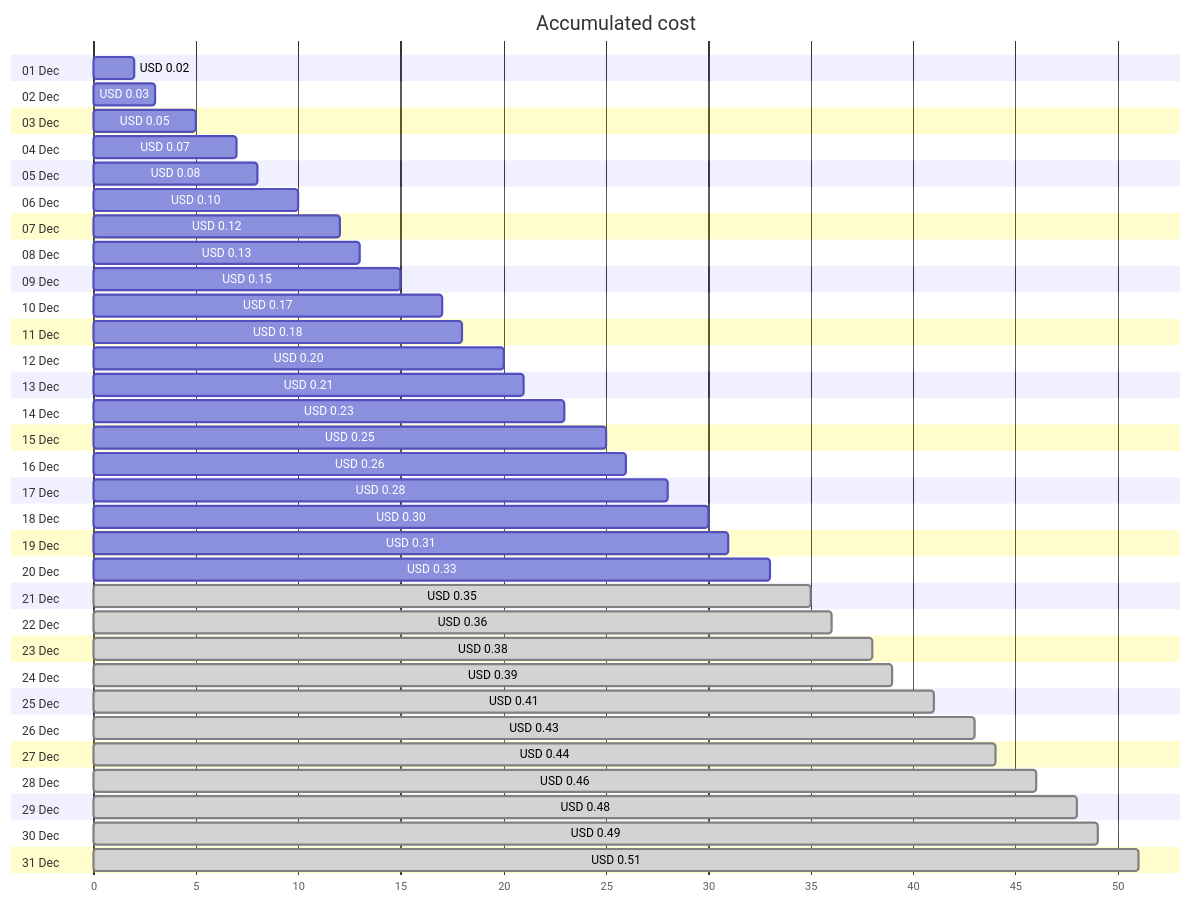
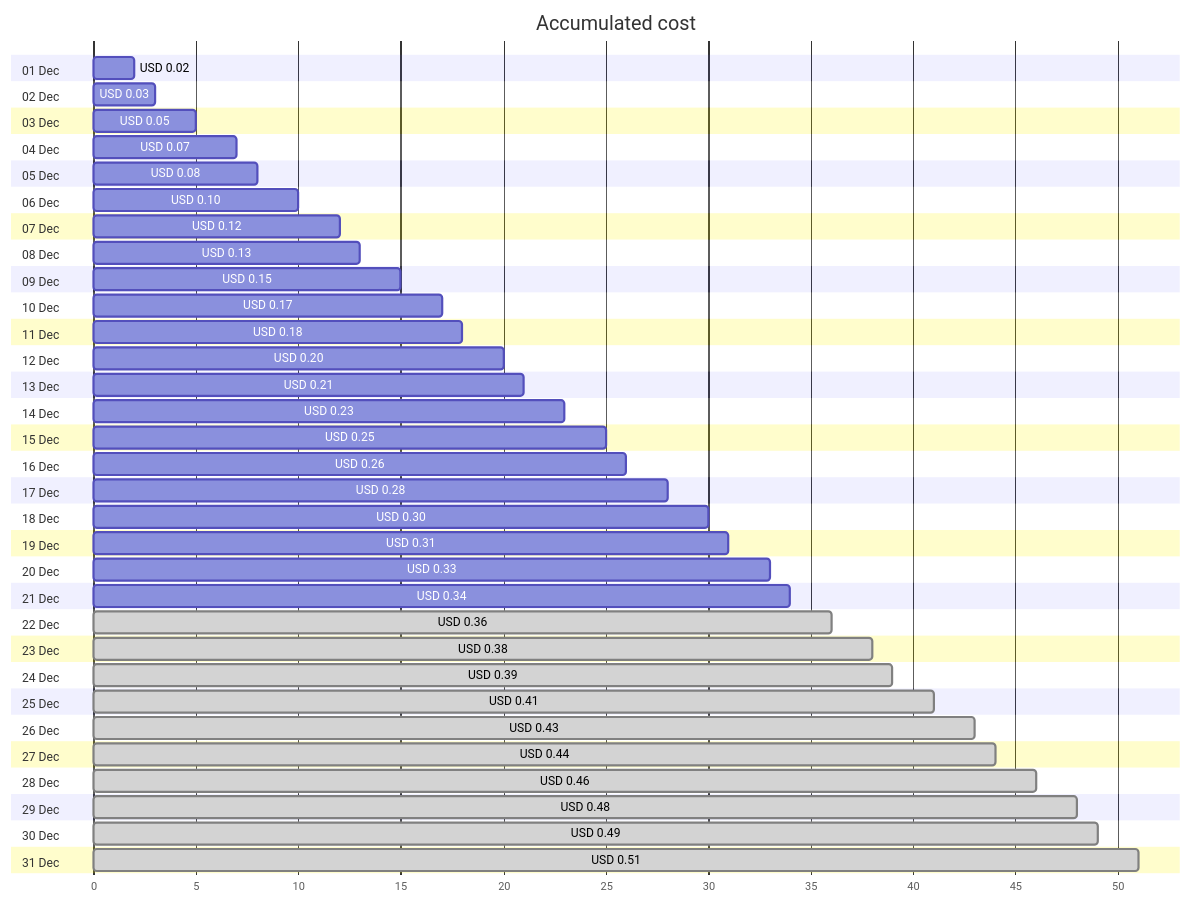
One commit to jpfulton/azure-personal-reports changed the first of 4 diagrams in cost-reports/personal-dns/jpatrickfulton.dev.md. Above: the diagram before and after it, drawn with Mermaid. The commit also changed other lines of this file and 2 other files, not shown here.

````diff
--- a/cost-reports/personal-dns/jpatrickfulton.dev.md
+++ b/cost-reports/personal-dns/jpatrickfulton.dev.md
@@ -20,68 +20,68 @@
 ```mermaid
 gantt
    title Accumulated cost
    dateFormat  X
    axisFormat %s
    section 01 Dec
    USD 0.02 :0, 2
    section 02 Dec
    USD 0.03 :0, 3
    section 03 Dec
    USD 0.05 :0, 5
    section 04 Dec
    USD 0.07 :0, 7
    section 05 Dec
    USD 0.08 :0, 8
    section 06 Dec
    USD 0.10 :0, 10
    section 07 Dec
    USD 0.12 :0, 12
    section 08 Dec
    USD 0.13 :0, 13
    section 09 Dec
    USD 0.15 :0, 15
    section 10 Dec
    USD 0.17 :0, 17
    section 11 Dec
    USD 0.18 :0, 18
    section 12 Dec
    USD 0.20 :0, 20
    section 13 Dec
    USD 0.21 :0, 21
    section 14 Dec
    USD 0.23 :0, 23
    section 15 Dec
    USD 0.25 :0, 25
    section 16 Dec
    USD 0.26 :0, 26
    section 17 Dec
    USD 0.28 :0, 28
    section 18 Dec
    USD 0.30 :0, 30
    section 19 Dec
    USD 0.31 :0, 31
    section 20 Dec
    USD 0.33 :0, 33
    section 21 Dec
-   USD 0.35 : done, 0, 35
+   USD 0.34 :0, 34
    section 22 Dec
    USD 0.36 : done, 0, 36
    section 23 Dec
    USD 0.38 : done, 0, 38
    section 24 Dec
    USD 0.39 : done, 0, 39
    section 25 Dec
    USD 0.41 : done, 0, 41
    section 26 Dec
    USD 0.43 : done, 0, 43
    section 27 Dec
    USD 0.44 : done, 0, 44
    section 28 Dec
    USD 0.46 : done, 0, 46
    section 29 Dec
    USD 0.48 : done, 0, 48
    section 30 Dec
    USD 0.49 : done, 0, 49
    section 31 Dec
    USD 0.51 : done, 0, 51
 ```
````
